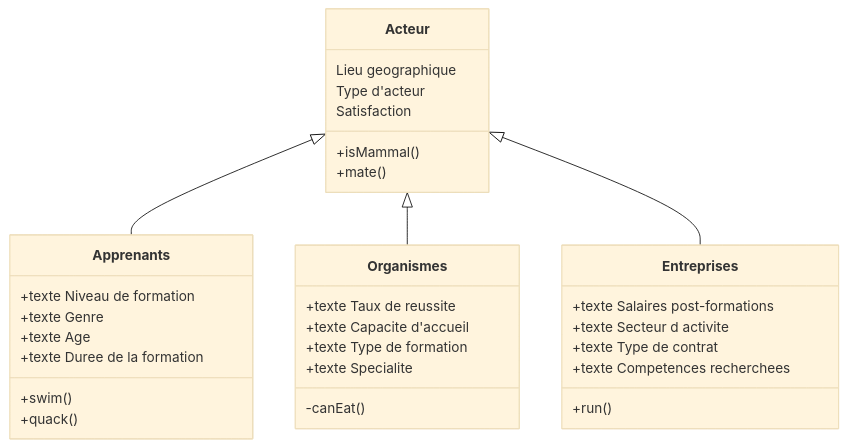
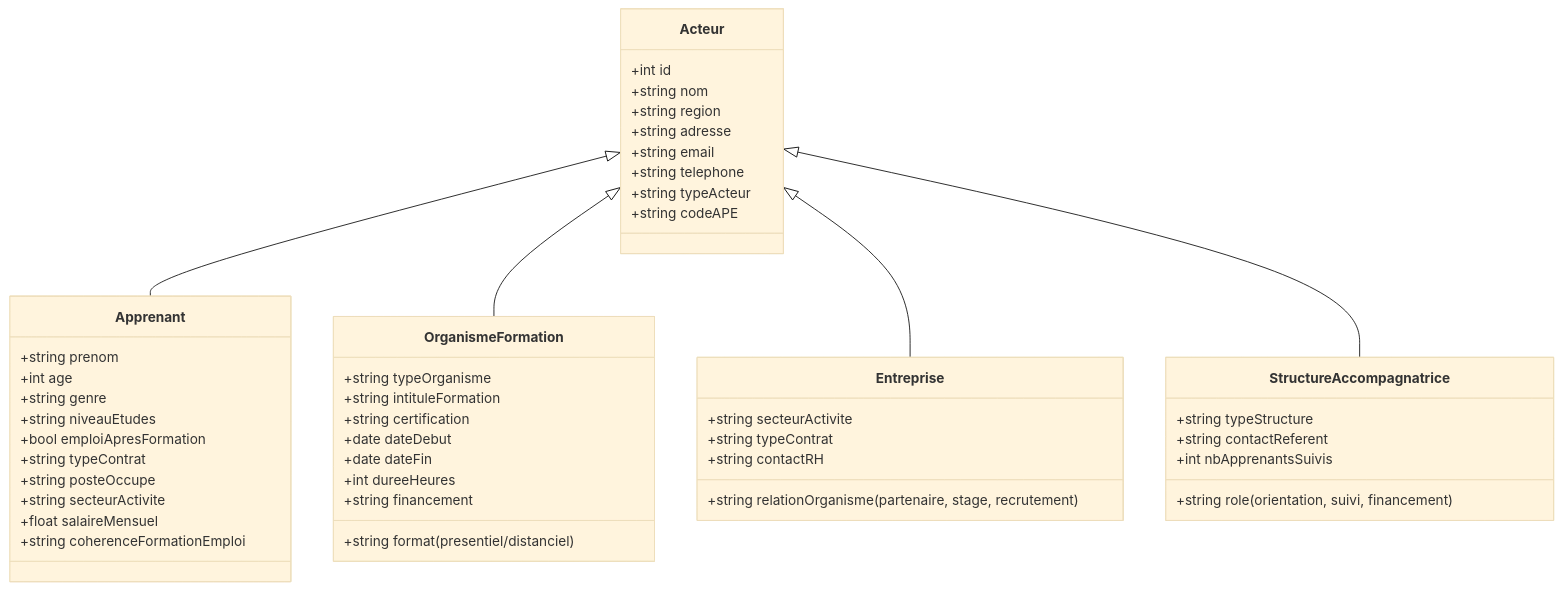
The diagram in acteursaissetoukanoute.md (bouzidifatimazohra00-ux/inclusion-numerique-93), drawn with Mermaid (base theme) before and after one commit.

Commit message:
Refactor class diagram for actors and attributes

````diff
--- a/acteursaissetoukanoute.md
+++ b/acteursaissetoukanoute.md
@@ -1,35 +1,53 @@
 ```mermaid
 classDiagram
-    Acteur <|-- Apprenants
-    Acteur <|-- Organismes
-    Acteur <|-- Entreprises
-    Acteur : Lieu geographique
-    Acteur : Type d'acteur
-    Acteur : Satisfaction
-    Acteur: +isMammal()
-    Acteur: +mate()
-    class Apprenants{
-      +texte Niveau de formation
-      +texte Genre
-      +texte Age
-      +texte Duree de la formation
+    Acteur <|-- Apprenant
+    Acteur <|-- OrganismeFormation
+    Acteur <|-- Entreprise
+    Acteur <|-- StructureAccompagnatrice
+    Acteur : +int id
+    Acteur : +string nom
+    Acteur : +string region
+    Acteur : +string adresse
+    Acteur : +string email
+    Acteur : +string telephone
+    Acteur : +string typeActeur
+    Acteur : +string codeAPE
 
-      +swim()
-      +quack()
-    }
-    class Organismes{
-      +texte Taux de reussite
-      +texte Capacite d'accueil
-      +texte Type de formation
-      +texte Specialite
+class Apprenant {
+  +string prenom
+  +int age
+  +string genre
+  +string niveauEtudes
+  +bool emploiApresFormation
+  +string typeContrat
+  +string posteOccupe
+  +string secteurActivite
+  +float salaireMensuel
+  +string coherenceFormationEmploi
+}
 
-      -canEat()
-    }
-    class Entreprises{
-      +texte Salaires post-formations
-      +texte Secteur d activite
-      +texte Type de contrat
-      +texte Competences recherchees
-      +run()
-    }
+class OrganismeFormation {
+  +string typeOrganisme
+  +string intituleFormation
+  +string certification
+  +date dateDebut
+  +date dateFin
+  +int dureeHeures
+  +string financement
+  +string format (presentiel/distanciel)
+}
+
+class Entreprise {
+  +string secteurActivite
+  +string typeContrat
+  +string relationOrganisme (partenaire, stage, recrutement)
+  +string contactRH
+}
+
+class StructureAccompagnatrice {
+  +string typeStructure
+  +string contactReferent
+  +int nbApprenantsSuivis
+  +string role (orientation, suivi, financement)
+}
 ```
````
